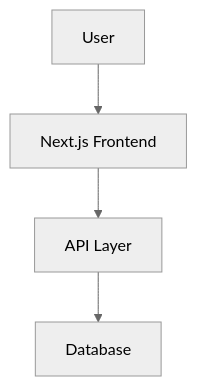
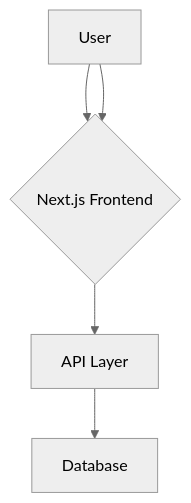
The diagram in lib/base_prompt.md (planchon/karnet), drawn with Mermaid (neutral theme) before and after one commit. The commit also changed other lines of this file and 6 other files, not shown here.

````diff
--- a/lib/base_prompt.md
+++ b/lib/base_prompt.md
@@ -90,6 +90,7 @@
   ```mermaid
   graph TD
     A[User] --> B["Next.js Frontend"]
+    A[User] --> B{"Next.js Frontend"}
     B --> C["API Layer"]
     C --> D["Database"]
   ```
````
